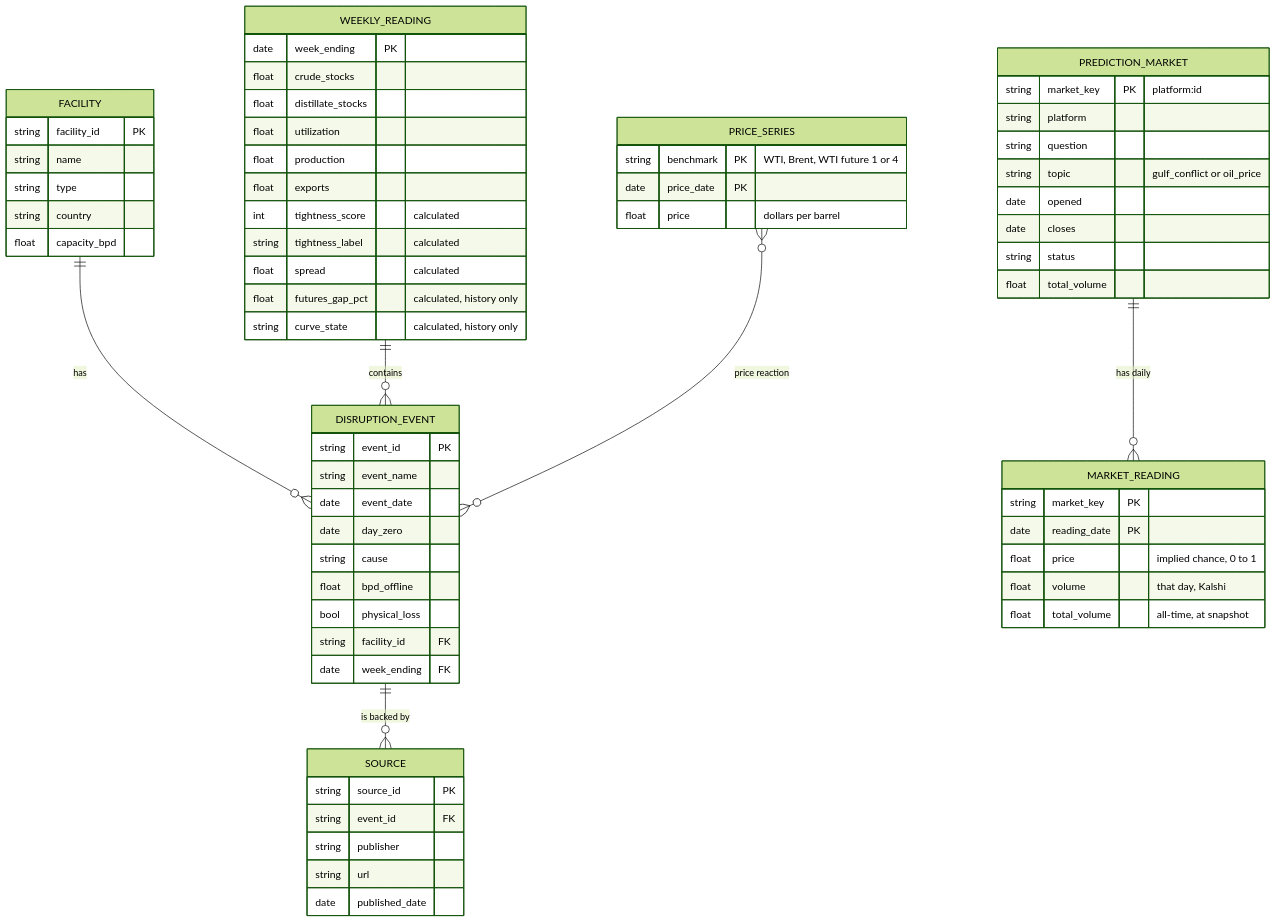
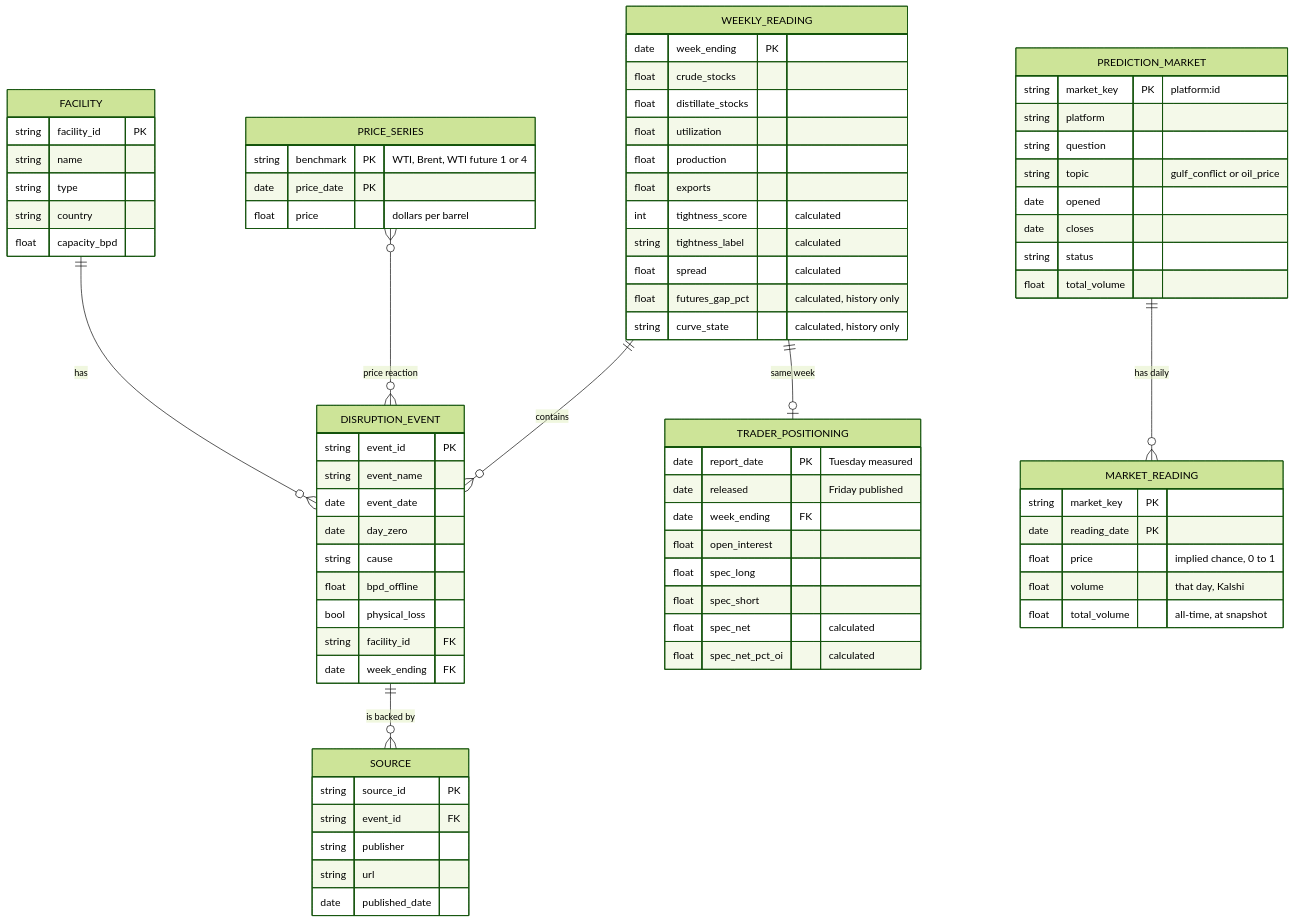
Before and after one commit to domenicguanciale/crude-market-monitor: the diagram in README.md, drawn with Mermaid (forest theme). The commit also changed other lines of this file and 6 other files, not shown here.

````diff
--- a/README.md
+++ b/README.md
@@ -65,70 +65,82 @@
 ```mermaid
 erDiagram
     FACILITY ||--o{ DISRUPTION_EVENT : "has"
     DISRUPTION_EVENT ||--o{ SOURCE : "is backed by"
     WEEKLY_READING ||--o{ DISRUPTION_EVENT : "contains"
     PRICE_SERIES }o--o{ DISRUPTION_EVENT : "price reaction"
 
     FACILITY {
         string facility_id PK
         string name
         string type
         string country
         float capacity_bpd
     }
     DISRUPTION_EVENT {
         string event_id PK
         string event_name
         date event_date
         date day_zero
         string cause
         float bpd_offline
         bool physical_loss
         string facility_id FK
         date week_ending FK
     }
     SOURCE {
         string source_id PK
         string event_id FK
         string publisher
         string url
         date published_date
     }
     PRICE_SERIES {
         string benchmark PK "WTI, Brent, WTI future 1 or 4"
         date price_date PK
         float price "dollars per barrel"
     }
     PREDICTION_MARKET ||--o{ MARKET_READING : "has daily"
+    WEEKLY_READING ||--o| TRADER_POSITIONING : "same week"
+
+    TRADER_POSITIONING {
+        date report_date PK "Tuesday measured"
+        date released "Friday published"
+        date week_ending FK
+        float open_interest
+        float spec_long
+        float spec_short
+        float spec_net "calculated"
+        float spec_net_pct_oi "calculated"
+    }
 
     PREDICTION_MARKET {
         string market_key PK "platform:id"
         string platform
         string question
         string topic "gulf_conflict or oil_price"
         date opened
         date closes
         string status
         float total_volume
     }
     MARKET_READING {
         string market_key PK
         date reading_date PK
         float price "implied chance, 0 to 1"
         float volume "that day, Kalshi"
         float total_volume "all-time, at snapshot"
     }
     WEEKLY_READING {
         date week_ending PK
         float crude_stocks
         float distillate_stocks
         float utilization
         float production
         float exports
         int tightness_score "calculated"
         string tightness_label "calculated"
         float spread "calculated"
         float futures_gap_pct "calculated, history only"
         string curve_state "calculated, history only"
     }
 ```
````
